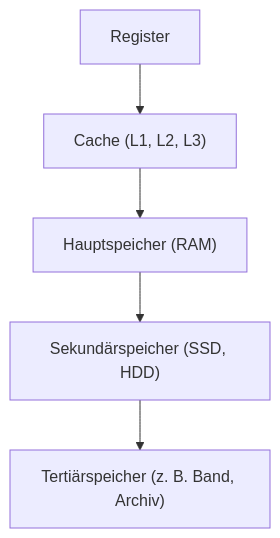
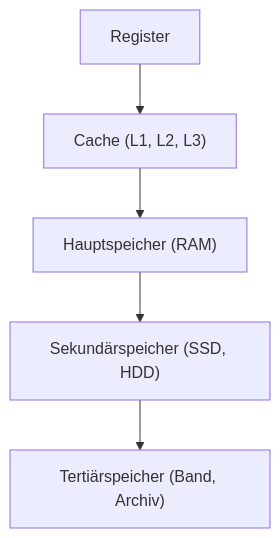
The first of 3 diagrams in notes/2026/Systemtechnik/WED/2026-03-17_Systemtechnik_WED_speicherhierarchie.md (seanconroy-dev/FIAE_Umschulung_Notes), drawn with Mermaid before and after one commit. The commit also changed other lines of this file, not shown here.

````diff
--- a/notes/2026/Systemtechnik/WED/2026-03-17_Systemtechnik_WED_speicherhierarchie.md
+++ b/notes/2026/Systemtechnik/WED/2026-03-17_Systemtechnik_WED_speicherhierarchie.md
@@ -44,13 +40,13 @@
 ```mermaid
 flowchart TB
   A["Register"]
   B["Cache (L1, L2, L3)"]
   C["Hauptspeicher (RAM)"]
   D["Sekundärspeicher (SSD, HDD)"]
-  E["Tertiärspeicher (z. B. Band, Archiv)"]
+  E["Tertiärspeicher (Band, Archiv)"]
 
   A --> B
   B --> C
   C --> D
   D --> E
 ```
````
